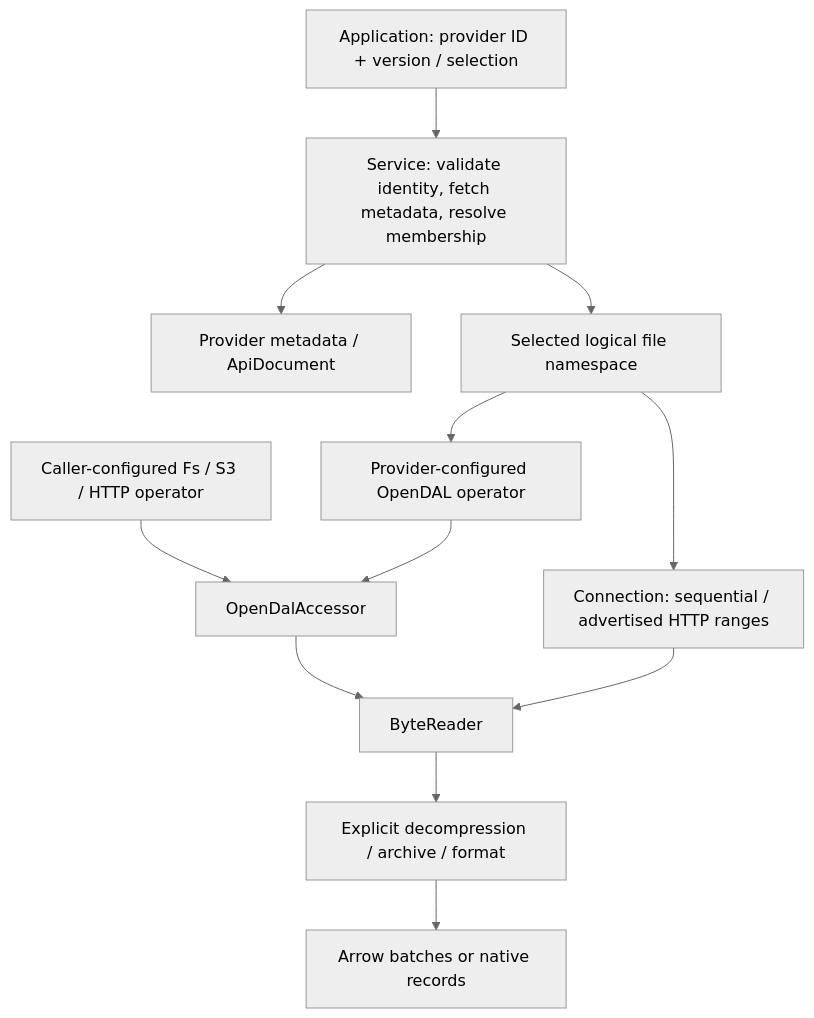
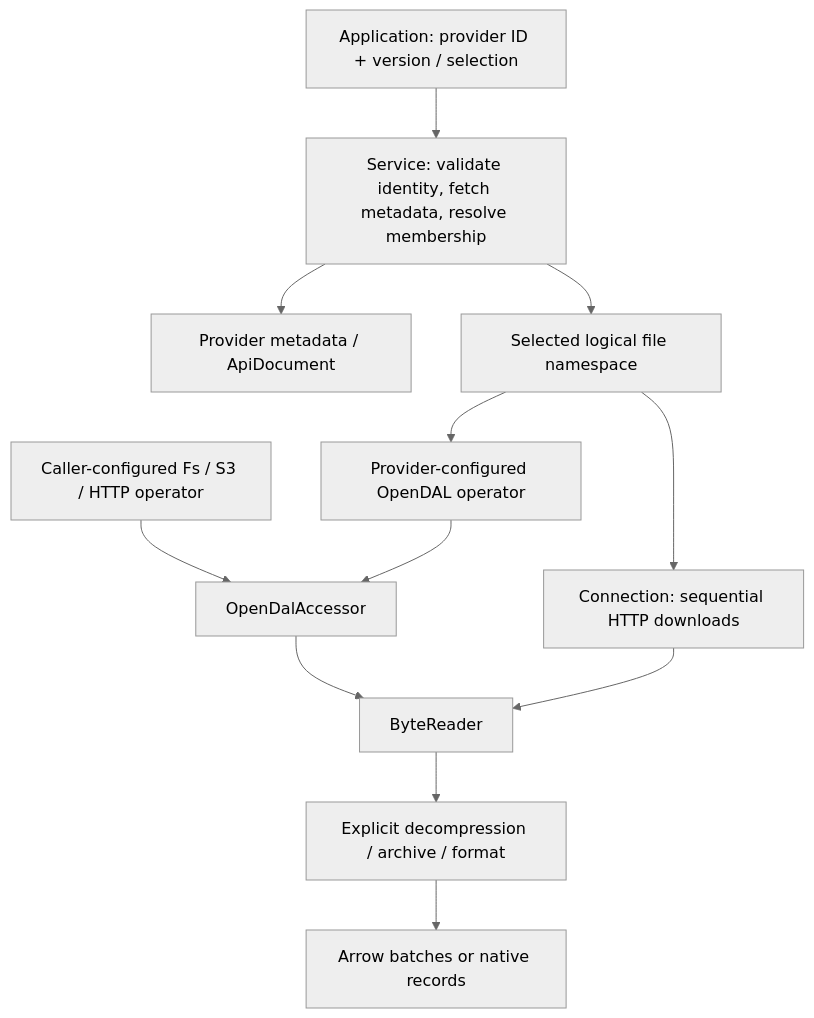
One commit to dentiny/open-arrow-access changed the first of 2 diagrams in service/README.md. Above: the diagram before and after it, drawn with Mermaid (neutral theme). The commit also changed 8 other files, not shown here.

Commit message:
refactor(service): use sequential HTTP downloads exclusively

````diff
--- a/service/README.md
+++ b/service/README.md
@@ -88,14 +88,14 @@
 ```mermaid
 flowchart TD
     App["Application: provider ID + version / selection"] --> Service["Service: validate identity, fetch metadata, resolve membership"]
     Service --> Metadata["Provider metadata / ApiDocument"]
     Service --> Files["Selected logical file namespace"]
     Files --> Managed["Provider-configured OpenDAL operator"]
-    Files --> HTTP["Connection: sequential / advertised HTTP ranges"]
+    Files --> HTTP["Connection: sequential HTTP downloads"]
     Caller["Caller-configured Fs / S3 / HTTP operator"] --> Storage["OpenDalAccessor"]
     Managed --> Storage
     Storage --> Bytes["ByteReader"]
     HTTP --> Bytes
     Bytes --> Decode["Explicit decompression / archive / format"]
     Decode --> Arrow["Arrow batches or native records"]
 ```
````
